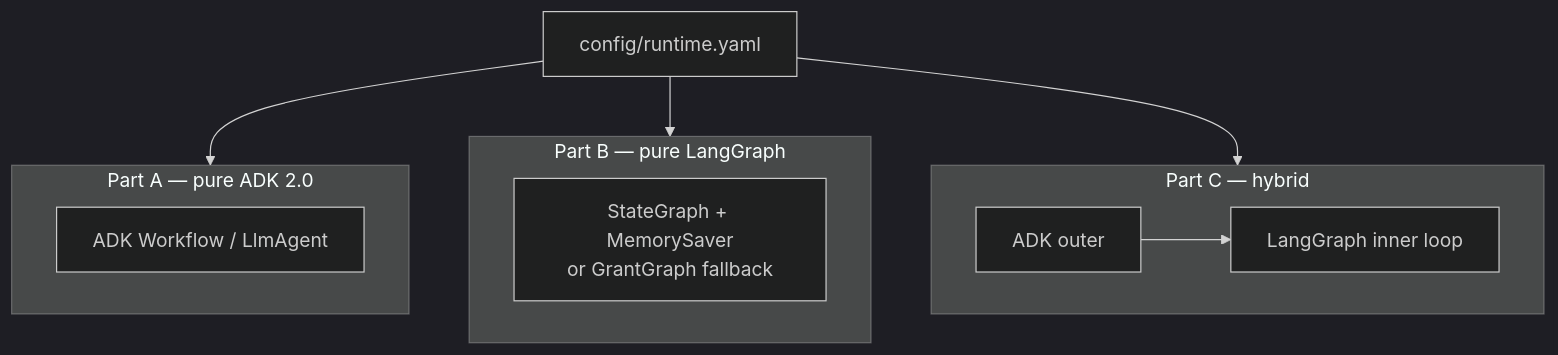
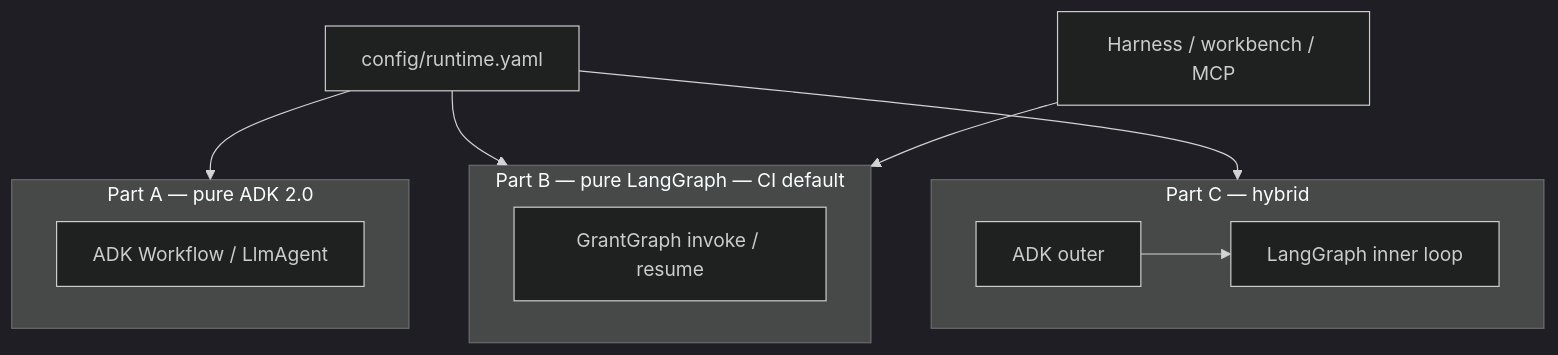
One commit to YPCC/grant-agent-lab changed the fourth of 6 diagrams in docs/architecture.md. Above: the diagram before and after it, drawn with Mermaid (dark theme). The commit also changed other lines of this file and 10 other files, not shown here.

First line of the commit message:
Update C4 diagrams and README for the unified GrantGraph

````diff
--- a/docs/architecture.md
+++ b/docs/architecture.md
@@ -95,18 +137,19 @@
 ```mermaid
 flowchart TB
   subgraph A["Part A — pure ADK 2.0"]
     ADK[ADK Workflow / LlmAgent]
   end
-  subgraph B["Part B — pure LangGraph"]
-    LG[StateGraph + MemorySaver<br/>or GrantGraph fallback]
+  subgraph B["Part B — pure LangGraph — CI default"]
+    LG[GrantGraph invoke / resume]
   end
   subgraph C["Part C — hybrid"]
     ADK2[ADK outer]
     LG2[LangGraph inner loop]
     ADK2 --> LG2
   end
 
   CFG[config/runtime.yaml] --> A
   CFG --> B
   CFG --> C
+  H[Harness / workbench / MCP] --> B
 ```
````
